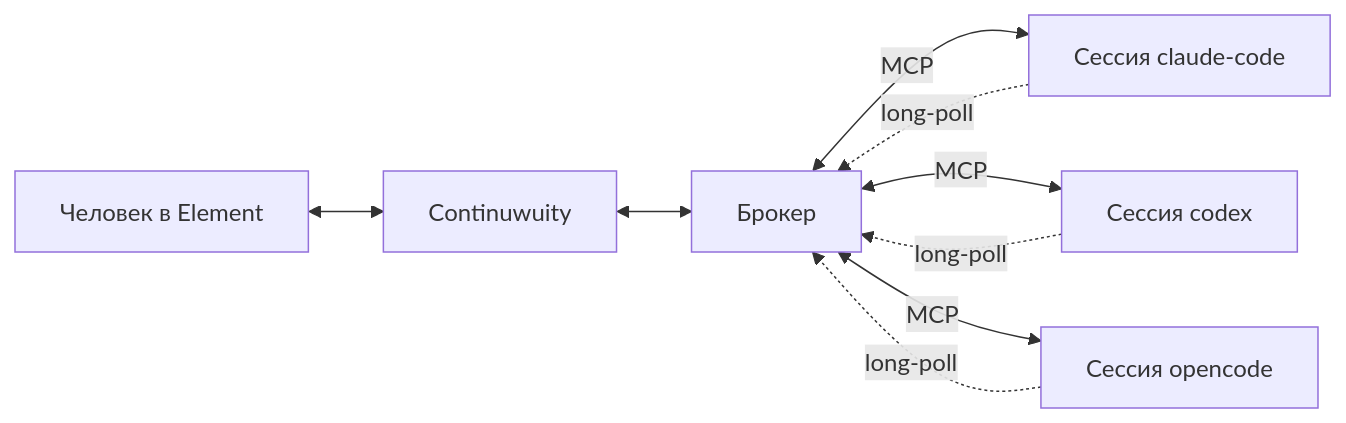
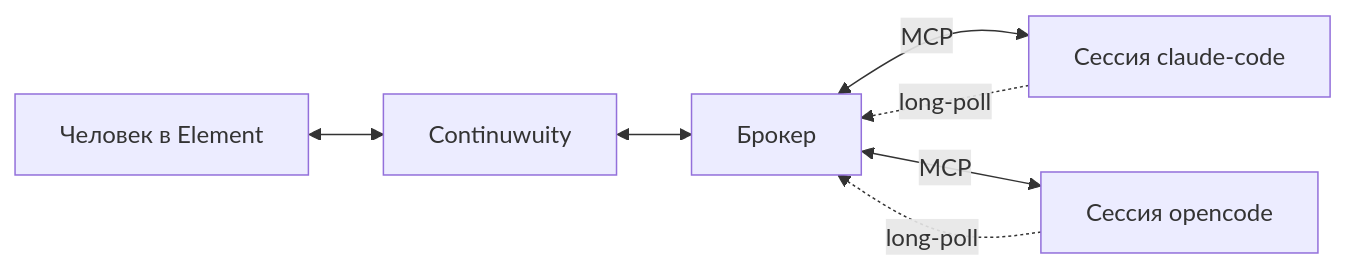
One commit to AndreyLebedenko/quoroom changed the diagram in docs/SESSION_BRIDGE.md. Above: the diagram before and after it, drawn with Mermaid. The commit also changed other lines of this file and 14 other files, not shown here.

First line of the commit message:
feat: drop Codex as a room participant and the poll delivery mode

````diff
--- a/docs/SESSION_BRIDGE.md
+++ b/docs/SESSION_BRIDGE.md
@@ -18,11 +18,9 @@
 ```mermaid
 flowchart LR
     H[Человек в Element] <--> M[Continuwuity]
     M <--> B[Брокер]
     B <-->|MCP| S1[Сессия claude-code]
-    B <-->|MCP| S2[Сессия codex]
     B <-->|MCP| S3[Сессия opencode]
     S1 -.long-poll.-> B
-    S2 -.long-poll.-> B
     S3 -.long-poll.-> B
 ```
````
